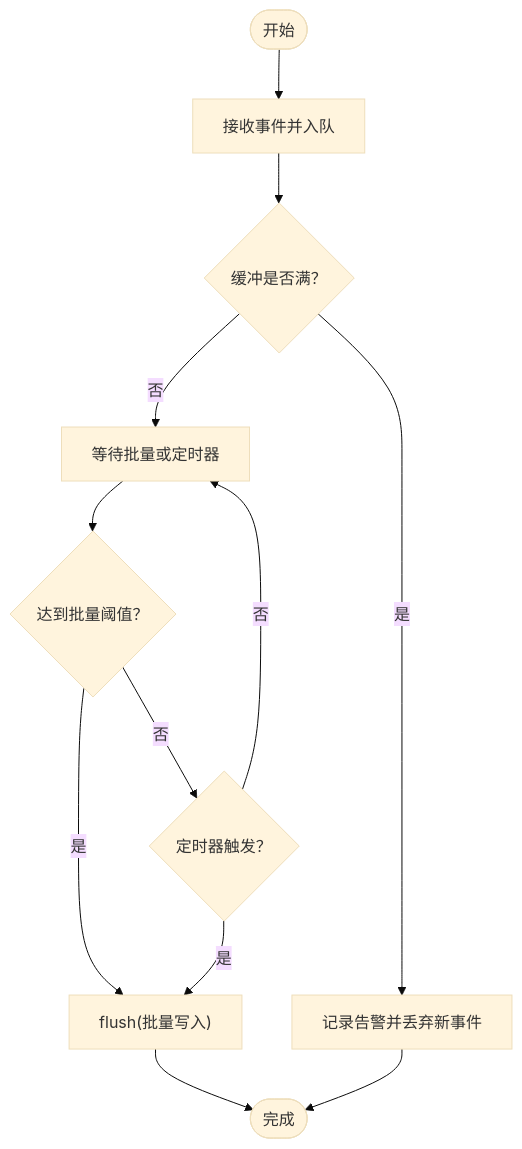
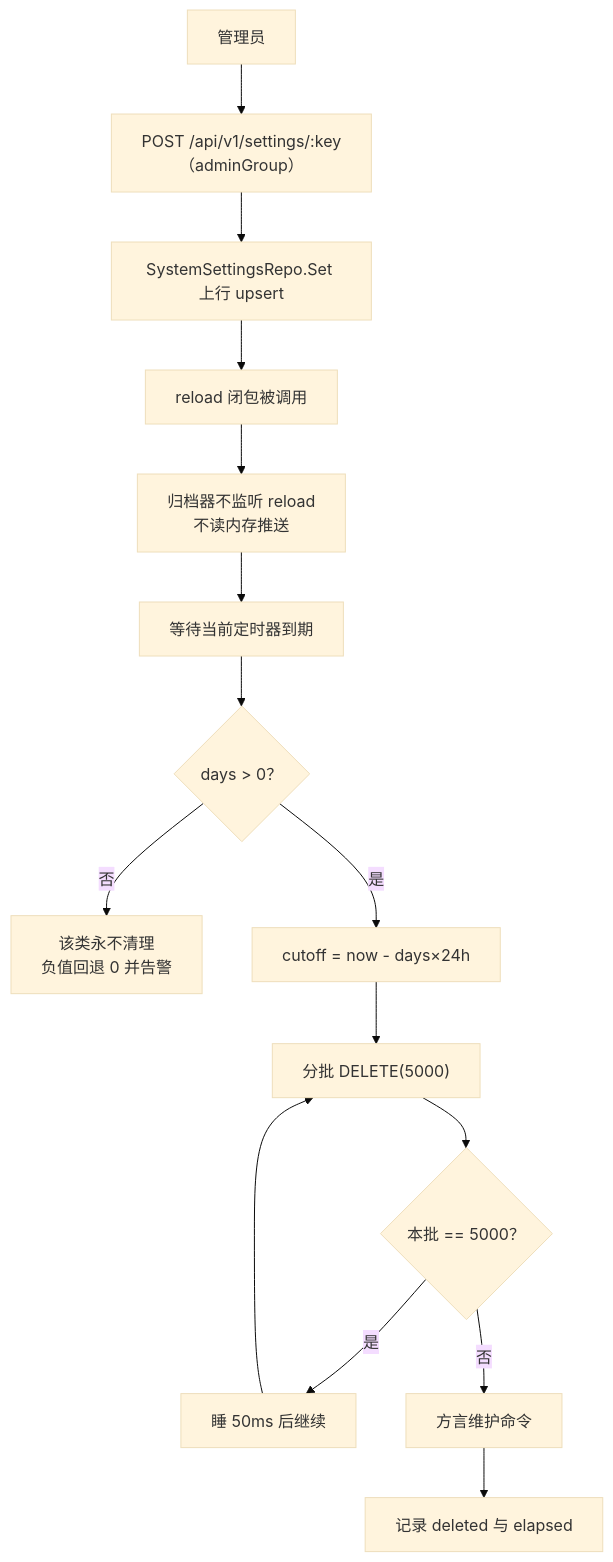
One commit to x01n/My-OpenWaf changed the third of 6 diagrams in docs/监控与可观测性/事件归档系统.md. Above: the diagram before and after it, drawn with Mermaid (base theme). The commit also changed other lines of this file and 622 other files, not shown here.

````diff
--- a/docs/监控与可观测性/事件归档系统.md
+++ b/docs/监控与可观测性/事件归档系统.md
@@ -150,14 +267,16 @@
 ```mermaid
 flowchart TD
-Start(["开始"]) --> Enqueue["接收事件并入队"]
-Enqueue --> BufferFull{"缓冲是否满？"}
-BufferFull --> |是| Warn["记录告警并丢弃新事件"]
-BufferFull --> |否| Wait["等待批量或定时器"]
-Wait --> BatchReady{"达到批量阈值？"}
-BatchReady --> |是| Flush["flush(批量写入)"]
-BatchReady --> |否| TimerTick{"定时器触发？"}
-TimerTick --> |是| Flush
-TimerTick --> |否| Wait
-Flush --> Done(["完成"])
-Warn --> Done
+Adm["管理员"] --> Post["POST /api/v1/settings/:key（adminGroup）"]
+Post --> Set["SystemSettingsRepo.Set 上行 upsert"]
+Set --> Reload["reload 闭包被调用"]
+Reload --> Note["归档器不监听 reload<br/>不读内存推送"]
+Note --> Wait["等待当前定时器到期"]
+Wait --> Q{"days > 0？"}
+Q --> |否| Keep["该类永不清理<br/>负值回退 0 并告警"]
+Q --> |是| Cut["cutoff = now - days×24h"]
+Cut --> Del["分批 DELETE(5000)"]
+Del --> More{"本批 == 5000？"}
+More --> |是| Sleep["睡 50ms 后继续"] --> Del
+More --> |否| Opt["方言维护命令"]
+Opt --> Log["记录 deleted 与 elapsed"]
 ```
````
